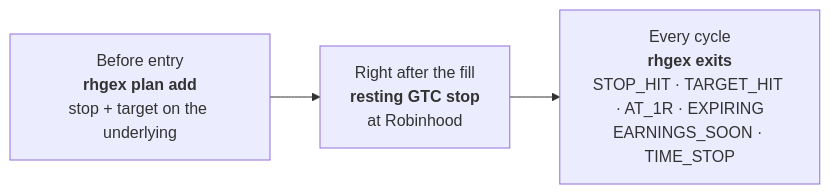
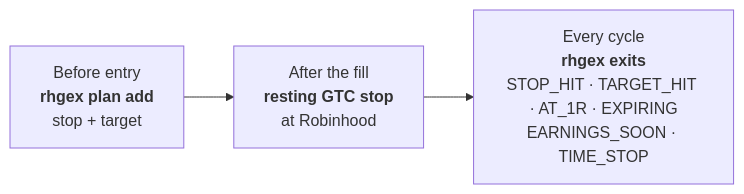
One commit to chasechipres/rh-gex-trader changed the fourth of 4 diagrams in README.md. Above: the diagram before and after it, drawn with Mermaid. The commit also changed other lines of this file, not shown here.

````diff
--- a/README.md
+++ b/README.md
@@ -434,5 +286,5 @@
 ```mermaid
 flowchart LR
-    A["Before entry<br/><b>rhgex plan add</b><br/>stop + target on the underlying"] --> B["Right after the fill<br/><b>resting GTC stop</b><br/>at Robinhood"]
+    A["Before entry<br/><b>rhgex plan add</b><br/>stop + target"] --> B["After the fill<br/><b>resting GTC stop</b><br/>at Robinhood"]
     B --> C["Every cycle<br/><b>rhgex exits</b><br/>STOP_HIT · TARGET_HIT · AT_1R · EXPIRING<br/>EARNINGS_SOON · TIME_STOP"]
 ```
````
